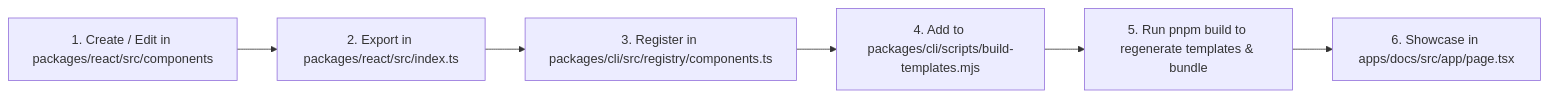
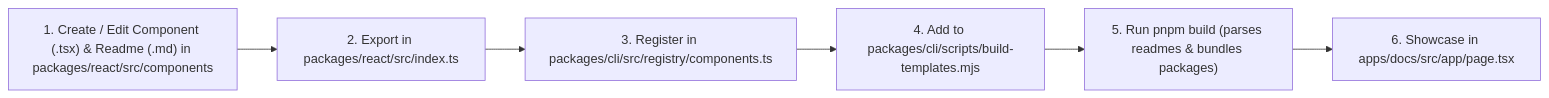
One commit to becks256/agent-ui changed the diagram in AGENTS.md. Above: the diagram before and after it, drawn with Mermaid. The commit also changed other lines of this file and 27 other files, not shown here.

Commit message:
feat(docs): collocate component README markdown files and auto-parse on build

````diff
--- a/AGENTS.md
+++ b/AGENTS.md
@@ -98,8 +98,8 @@
 ```mermaid
 flowchart LR
-    A["1. Create / Edit in packages/react/src/components"] --> B["2. Export in packages/react/src/index.ts"]
+    A["1. Create / Edit Component (.tsx) & Readme (.md) in packages/react/src/components"] --> B["2. Export in packages/react/src/index.ts"]
     B --> C["3. Register in packages/cli/src/registry/components.ts"]
     C --> D["4. Add to packages/cli/scripts/build-templates.mjs"]
-    D --> E["5. Run pnpm build to regenerate templates & bundle"]
+    D --> E["5. Run pnpm build (parses readmes & bundles packages)"]
     E --> F["6. Showcase in apps/docs/src/app/page.tsx"]
 ```
````
